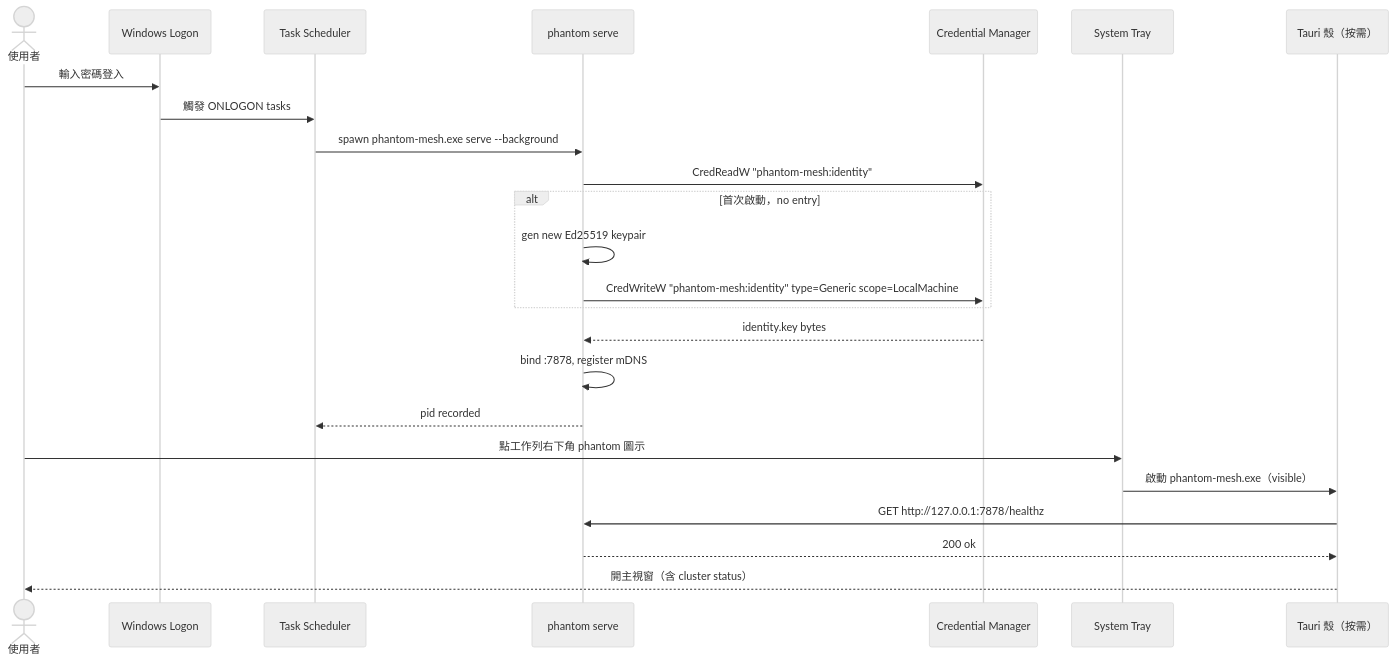
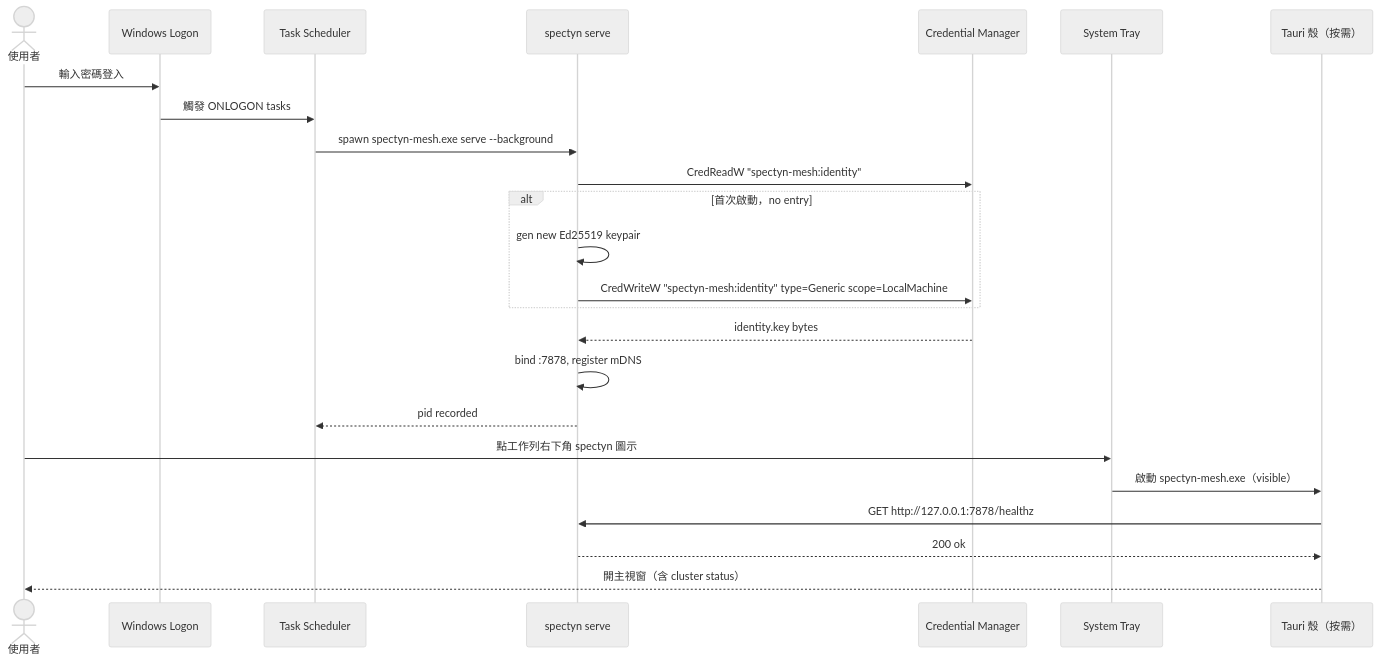
The third of 3 diagrams in docs/spec/history/2026-05-30/deferred/SPEC-42-PLATFORM-Windows-foundations.md (markl-a/phantom-mesh), drawn with Mermaid (neutral theme) before and after one commit. The commit also changed other lines of this file and 1245 other files, not shown here.

First line of the commit message:
rename: phantom -> spectyn across the public tree

````diff
--- a/docs/spec/history/2026-05-30/deferred/SPEC-42-PLATFORM-Windows-foundations.md
+++ b/docs/spec/history/2026-05-30/deferred/SPEC-42-PLATFORM-Windows-foundations.md
@@ -292,27 +292,27 @@
 ```mermaid
 sequenceDiagram
     actor User as 使用者
     participant Logon as Windows Logon
     participant TS as Task Scheduler
-    participant Serve as phantom serve
+    participant Serve as spectyn serve
     participant CM as Credential Manager
     participant Tray as System Tray
     participant App as Tauri 殼（按需）
 
     User->>Logon: 輸入密碼登入
     Logon->>TS: 觸發 ONLOGON tasks
-    TS->>Serve: spawn phantom-mesh.exe serve --background
-    Serve->>CM: CredReadW "phantom-mesh:identity"
+    TS->>Serve: spawn spectyn-mesh.exe serve --background
+    Serve->>CM: CredReadW "spectyn-mesh:identity"
     alt 首次啟動，no entry
         Serve->>Serve: gen new Ed25519 keypair
-        Serve->>CM: CredWriteW "phantom-mesh:identity" type=Generic scope=LocalMachine
+        Serve->>CM: CredWriteW "spectyn-mesh:identity" type=Generic scope=LocalMachine
     end
     CM-->>Serve: identity.key bytes
     Serve->>Serve: bind :7878, register mDNS
     Serve-->>TS: pid recorded
-    User->>Tray: 點工作列右下角 phantom 圖示
-    Tray->>App: 啟動 phantom-mesh.exe（visible）
+    User->>Tray: 點工作列右下角 spectyn 圖示
+    Tray->>App: 啟動 spectyn-mesh.exe（visible）
     App->>Serve: GET http://127.0.0.1:7878/healthz
     Serve-->>App: 200 ok
     App-->>User: 開主視窗（含 cluster status）
 ```
````
